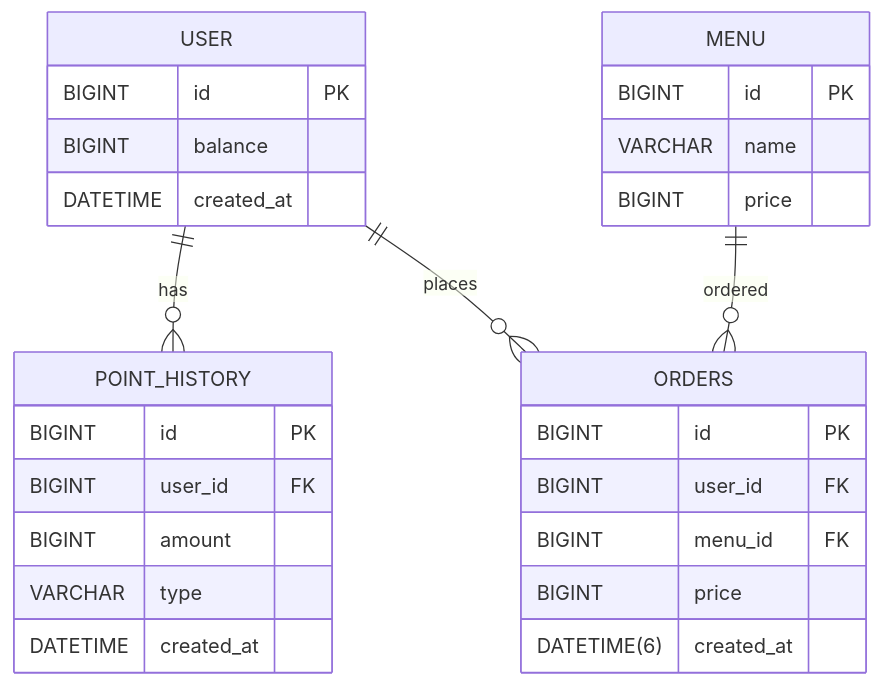
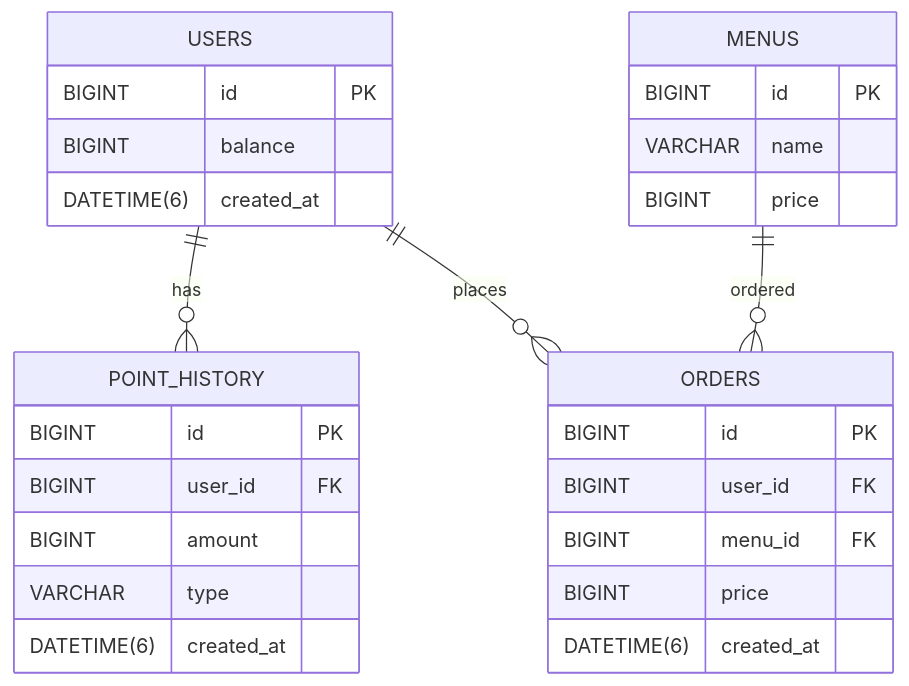
The diagram in README.md (beyejin/coffee-order-system), drawn with Mermaid before and after one commit. The commit also changed other lines of this file and 110 other files, not shown here.

````diff
--- a/README.md
+++ b/README.md
@@ -90,31 +90,31 @@
 ```mermaid
 erDiagram
-    USER ||--o{ POINT_HISTORY : has
-    USER ||--o{ ORDERS : places
-    MENU ||--o{ ORDERS : ordered
+    USERS ||--o{ POINT_HISTORY : has
+    USERS ||--o{ ORDERS : places
+    MENUS ||--o{ ORDERS : ordered
 
-    USER {
+    USERS {
         BIGINT id PK
         BIGINT balance
-        DATETIME created_at
+        DATETIME(6) created_at
     }
     POINT_HISTORY {
         BIGINT id PK
         BIGINT user_id FK
         BIGINT amount
         VARCHAR type
-        DATETIME created_at
+        DATETIME(6) created_at
     }
-    MENU {
+    MENUS {
         BIGINT id PK
         VARCHAR name
         BIGINT price
     }
     ORDERS {
         BIGINT id PK
         BIGINT user_id FK
         BIGINT menu_id FK
         BIGINT price
         DATETIME(6) created_at
     }
 ```
````
